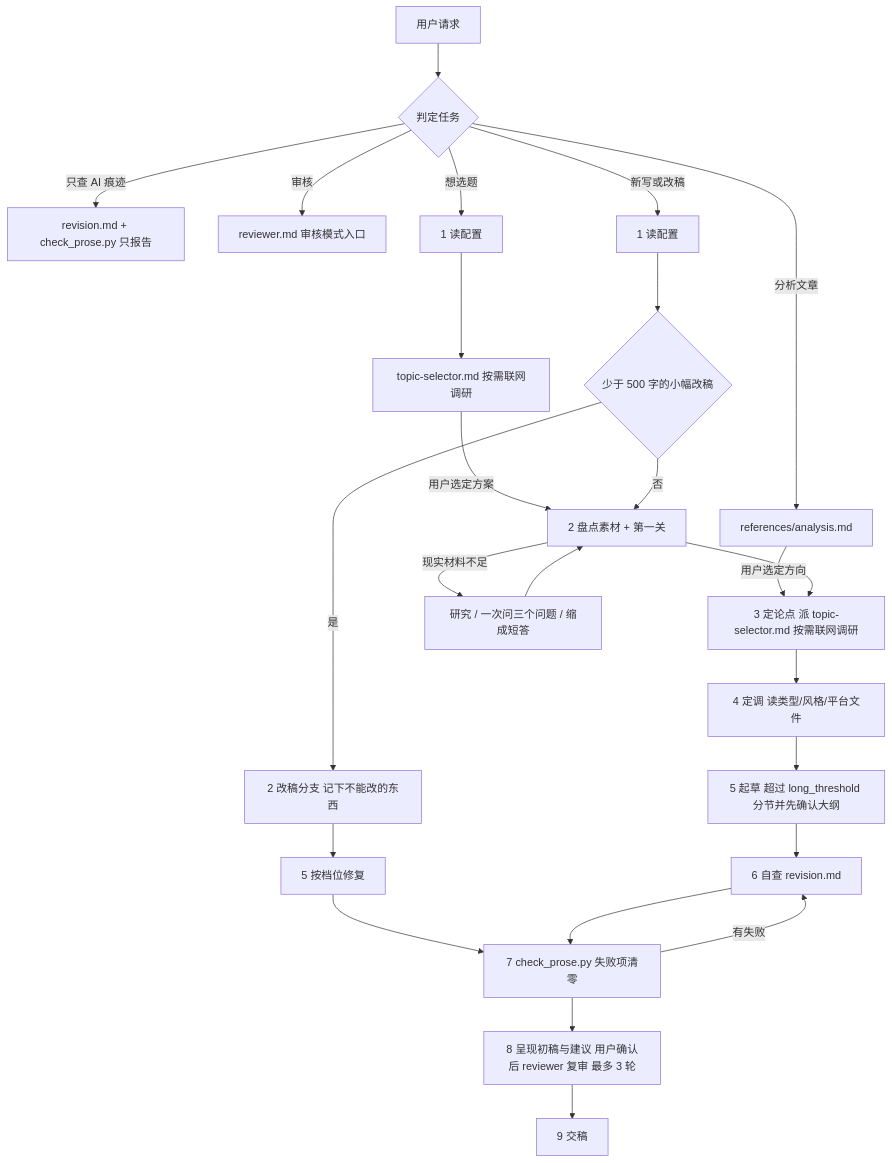
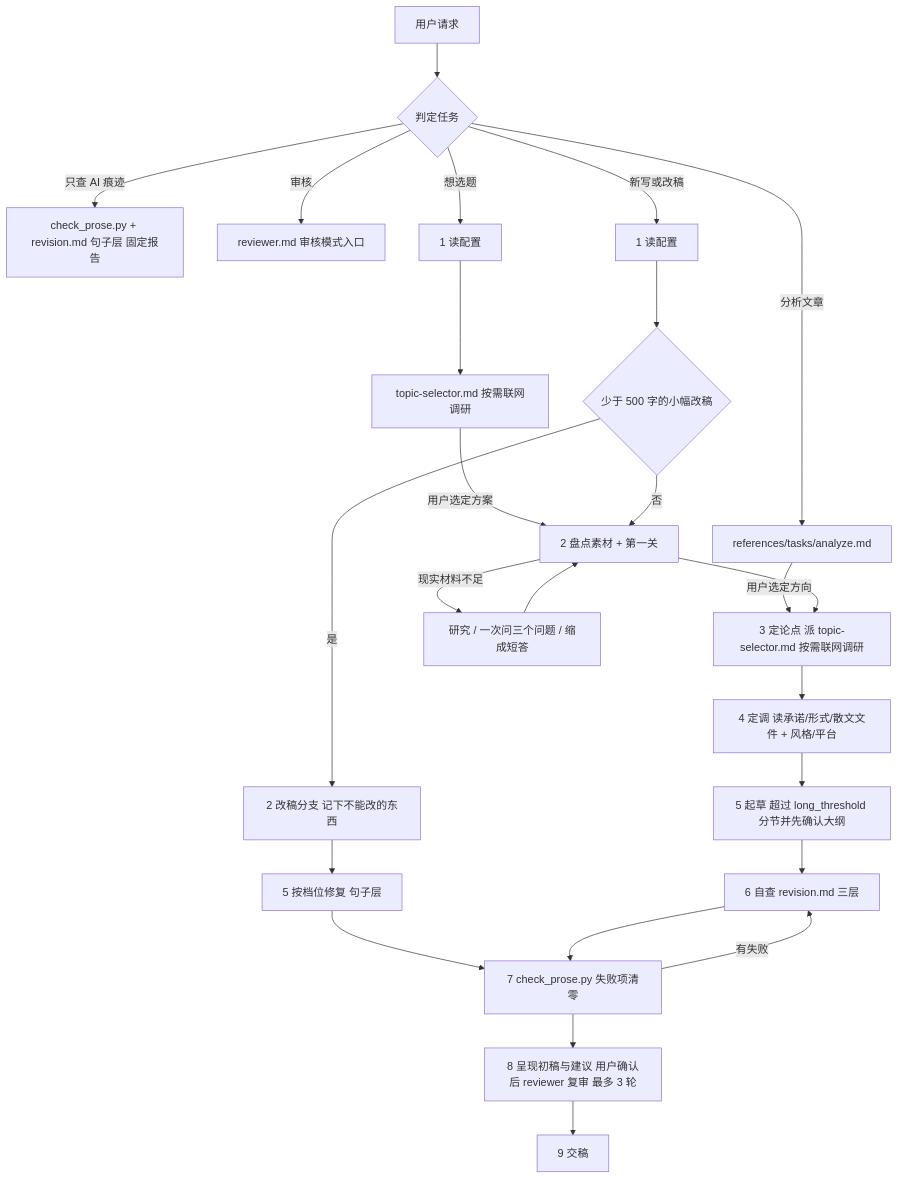
One commit to AllynYonge/yonge-agent-toolset changed the diagram in skills/human-writing/SKILL.md. Above: the diagram before and after it, drawn with Mermaid. The commit also changed other lines of this file and 27 other files, not shown here.

````diff
--- a/skills/human-writing/SKILL.md
+++ b/skills/human-writing/SKILL.md
@@ -123,24 +122,24 @@
 ```mermaid
 flowchart TD
     A[用户请求] --> B{判定任务}
-    B -->|分析文章| AN[references/analysis.md]
-    B -->|只查 AI 痕迹| CK[revision.md + check_prose.py 只报告]
+    B -->|分析文章| AN[references/tasks/analyze.md]
+    B -->|只查 AI 痕迹| CK[check_prose.py + revision.md 句子层 固定报告]
     B -->|审核| RV[reviewer.md 审核模式入口]
     B -->|想选题| S1T[1 读配置] --> TS[topic-selector.md 按需联网调研]
     B -->|新写或改稿| S1[1 读配置]
     AN -->|用户选定方向| S3
     TS -->|用户选定方案| S2
     S1 --> SHORT{少于 500 字的小幅改稿}
-    SHORT -->|是| S2R[2 改稿分支 记下不能改的东西] --> S5R[5 按档位修复] --> S7
+    SHORT -->|是| S2R[2 改稿分支 记下不能改的东西] --> S5R[5 按档位修复 句子层] --> S7
     SHORT -->|否| S2[2 盘点素材 + 第一关]
     S2 -->|现实材料不足| GAP[研究 / 一次问三个问题 / 缩成短答]
     GAP --> S2
     S2 --> S3[3 定论点 派 topic-selector.md 按需联网调研]
-    S3 --> S4[4 定调 读类型/风格/平台文件]
+    S3 --> S4[4 定调 读承诺/形式/散文文件 + 风格/平台]
     S4 --> S5[5 起草 超过 long_threshold 分节并先确认大纲]
-    S5 --> S6[6 自查 revision.md]
+    S5 --> S6[6 自查 revision.md 三层]
     S6 --> S7[7 check_prose.py 失败项清零]
     S7 -->|有失败| S6
     S7 --> S8[8 呈现初稿与建议 用户确认后 reviewer 复审 最多 3 轮]
     S8 --> S9[9 交稿]
 ```
````
